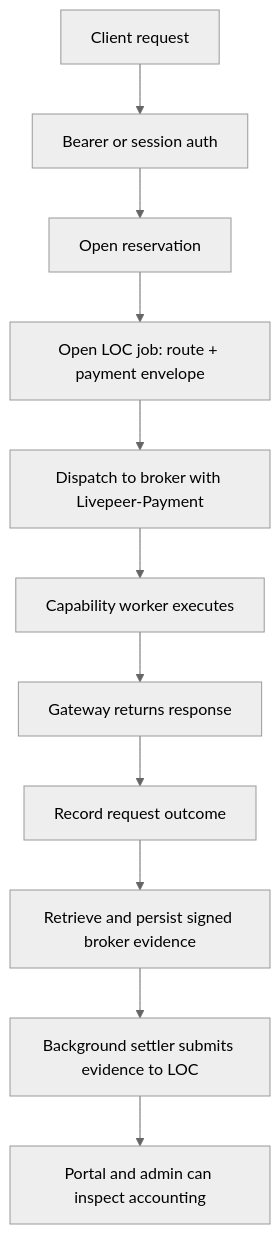
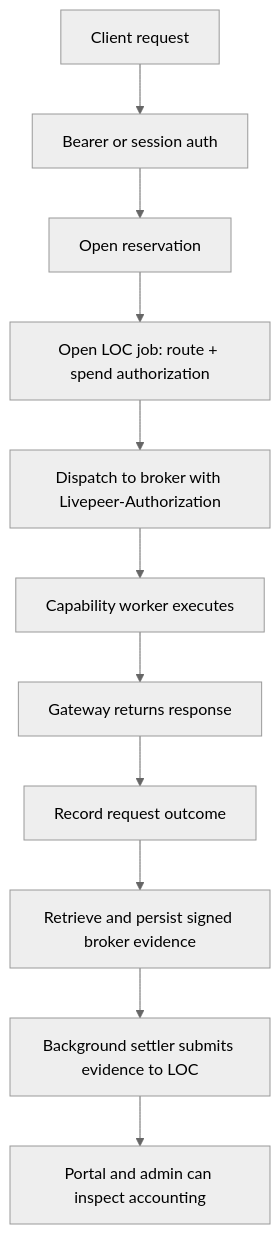
One commit to Cloud-SPE/livepeer-modules-openai-gateway changed the second of 4 diagrams in README.md. Above: the diagram before and after it, drawn with Mermaid (neutral theme). The commit also changed other lines of this file and 60 other files, not shown here.

````diff
--- a/README.md
+++ b/README.md
@@ -104,13 +104,13 @@
 ```mermaid
 flowchart TD
   A[Client request] --> B[Bearer or session auth]
   B --> C[Open reservation]
-  C --> D[Open LOC job: route + payment envelope]
-  D --> F[Dispatch to broker with Livepeer-Payment]
+  C --> D[Open LOC job: route + spend authorization]
+  D --> F[Dispatch to broker with Livepeer-Authorization]
   F --> G[Capability worker executes]
   G --> H[Gateway returns response]
   H --> I[Record request outcome]
   I --> K[Retrieve and persist signed broker evidence]
   K --> L[Background settler submits evidence to LOC]
   L --> J[Portal and admin can inspect accounting]
 ```
````
